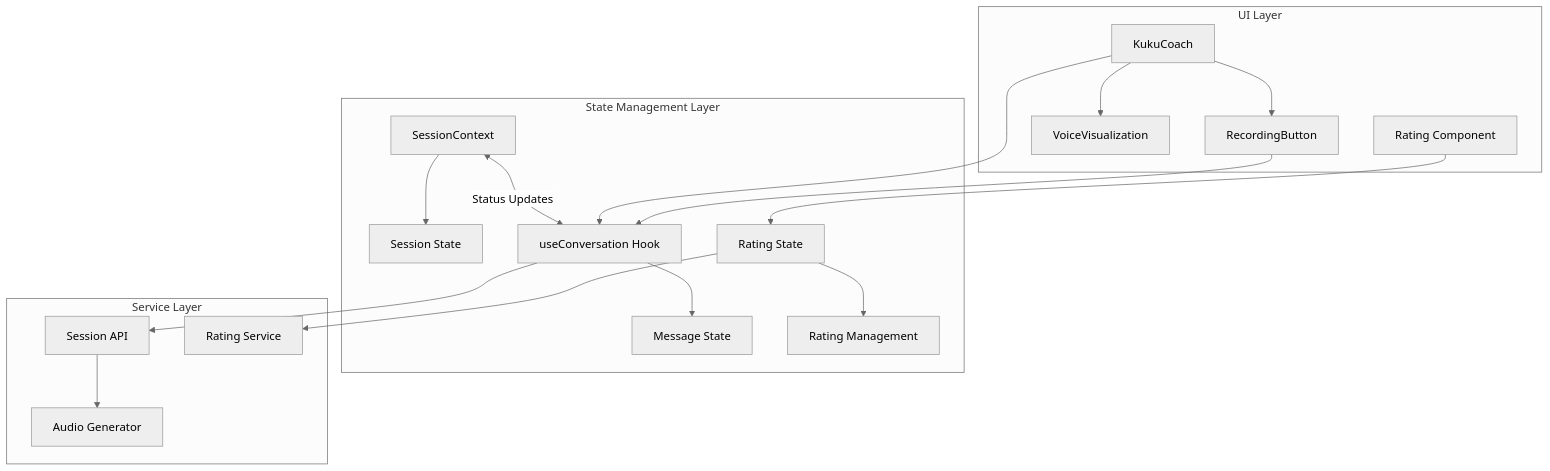
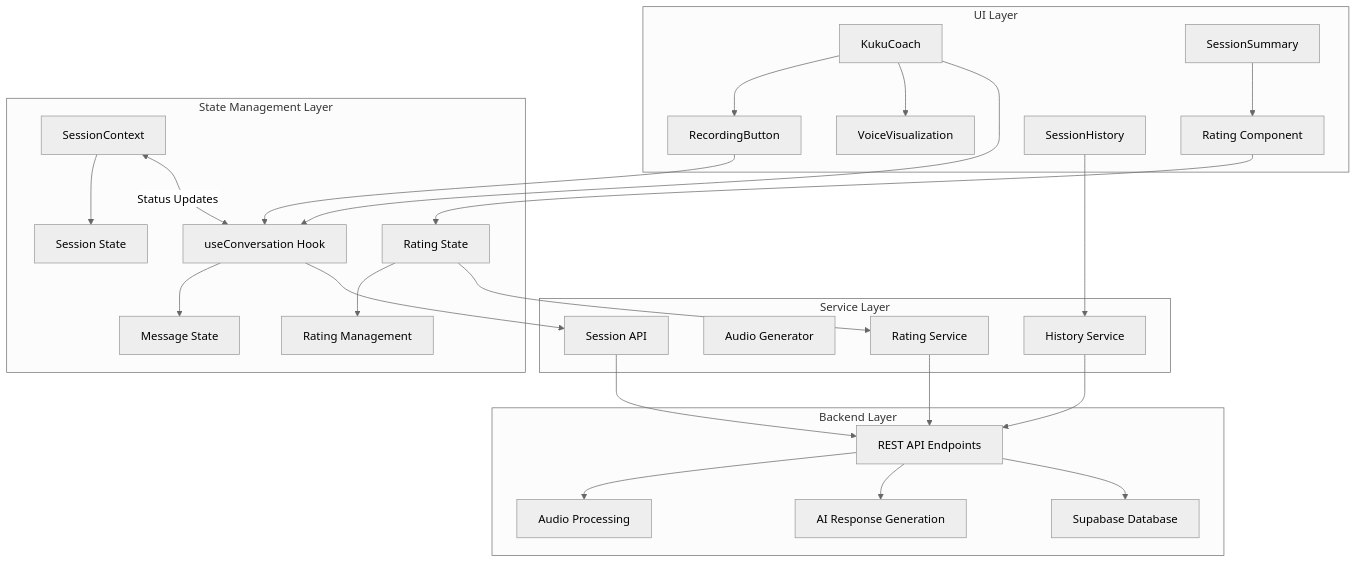
One commit to beerbear4369/design-to-reality-94 changed the sixth of 11 diagrams in memory-bank/systemPatterns.md. Above: the diagram before and after it, drawn with Mermaid (neutral theme). The commit also changed other lines of this file and 4 other files, not shown here.

````diff
--- a/memory-bank/systemPatterns.md
+++ b/memory-bank/systemPatterns.md
@@ -178,31 +238,48 @@
 ```mermaid
 flowchart TD
     subgraph UI Layer
         KC[KukuCoach]
         RB[RecordingButton]
         VV[VoiceVisualization]
         RT[Rating Component]
+        SP[SessionSummary]
+        HP[SessionHistory]
     end
     
     subgraph State Management Layer
         SC[SessionContext] --> SS[Session State]
         UC[useConversation Hook] --> MS[Message State]
         RC[Rating State] --> RS[Rating Management]
         SC <-- Status Updates --> UC
     end
     
     subgraph Service Layer
         API[Session API]
         AG[Audio Generator]
         RATING[Rating Service]
+        HISTORY[History Service]
+    end
+
+    subgraph Backend Layer
+        REST[REST API Endpoints]
+        AUDIO[Audio Processing]
+        AI[AI Response Generation]
+        DB[Supabase Database]
     end
     
     KC --> RB
     KC --> VV
     KC --> UC
+    SP --> RT
+    HP --> HISTORY
     RT --> RC
     RB --> UC
     UC --> API
     RC --> RATING
-    API --> AG
+    API --> REST
+    RATING --> REST
+    HISTORY --> REST
+    REST --> AUDIO
+    REST --> AI
+    REST --> DB
 ```
````
